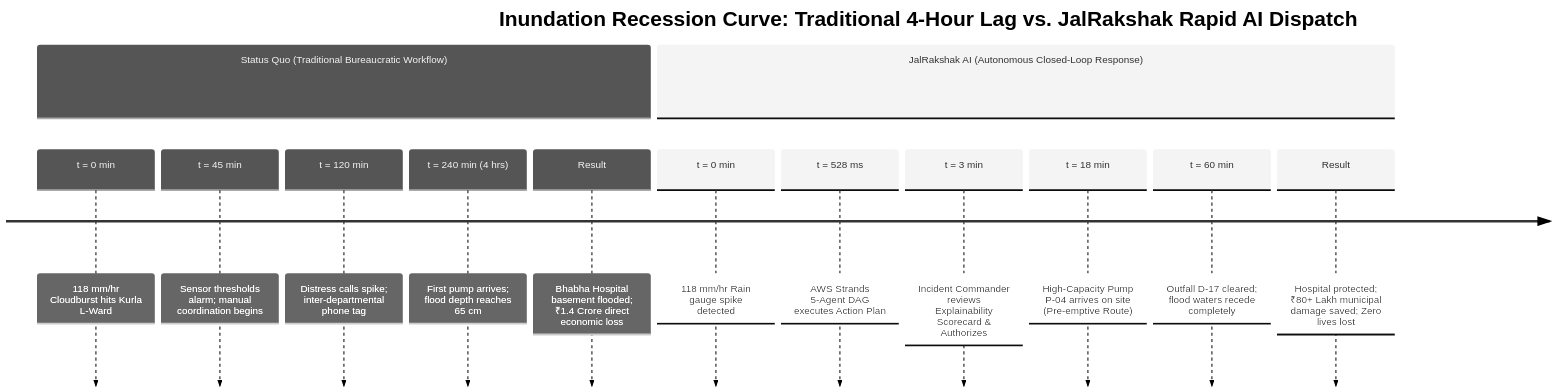
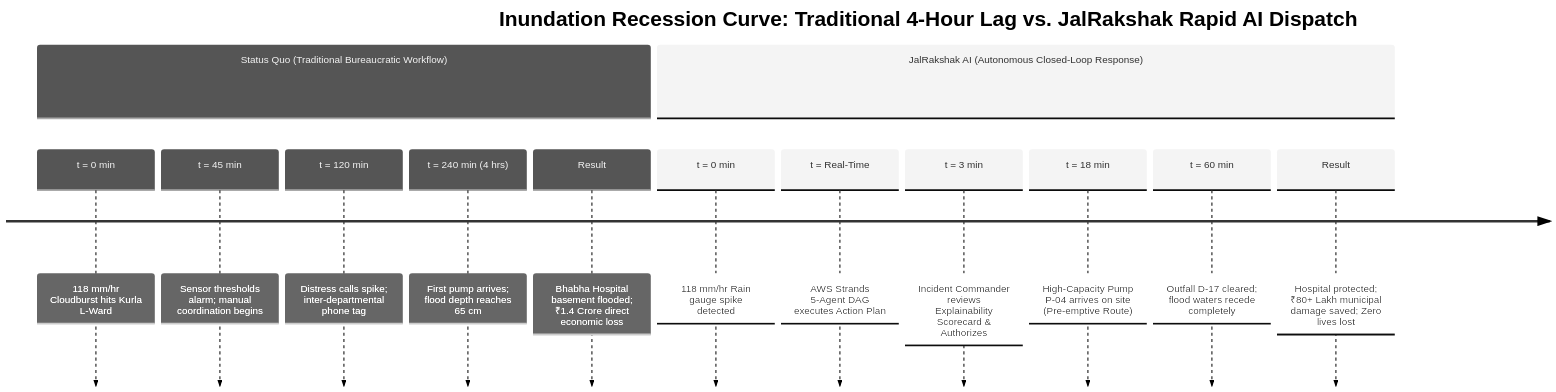
Before and after one commit to RiyanshiVerma-11/JalRakshak-AI: the third of 3 diagrams in README.md, drawn with Mermaid (neutral theme). The commit also changed other lines of this file and 44 other files, not shown here.

First line of the commit message:
feat: integrate AWS Strands Agents SDK, AWS Cedar RBAC, and SAM IaC

````diff
--- a/README.md
+++ b/README.md
@@ -182,17 +182,17 @@
 ```mermaid
 timeline
     title Inundation Recession Curve: Traditional 4-Hour Lag vs. JalRakshak Rapid AI Dispatch
     section Status Quo (Traditional Bureaucratic Workflow)
         t = 0 min : 118 mm/hr Cloudburst hits Kurla L-Ward
         t = 45 min : Sensor thresholds alarm; manual coordination begins
         t = 120 min : Distress calls spike; inter-departmental phone tag
         t = 240 min (4 hrs) : First pump arrives; flood depth reaches 65 cm
         Result : Bhabha Hospital basement flooded; ₹1.4 Crore direct economic loss
     section JalRakshak AI (Autonomous Closed-Loop Response)
         t = 0 min : 118 mm/hr Rain gauge spike detected
-        t = 528 ms : AWS Strands 5-Agent DAG executes Action Plan
+        t = Real-Time : AWS Strands 5-Agent DAG executes Action Plan
         t = 3 min : Incident Commander reviews Explainability Scorecard & Authorizes
         t = 18 min : High-Capacity Pump P-04 arrives on site (Pre-emptive Route)
         t = 60 min : Outfall D-17 cleared; flood waters recede completely
         Result : Hospital protected; ₹80+ Lakh municipal damage saved; Zero lives lost
 ```
````
